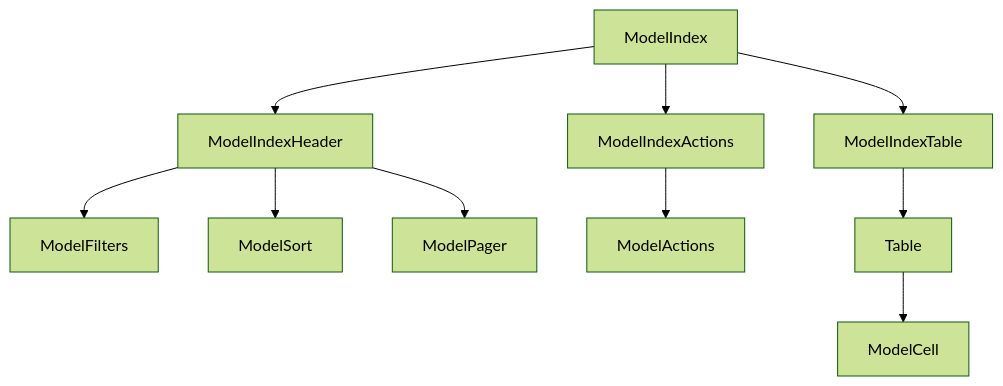
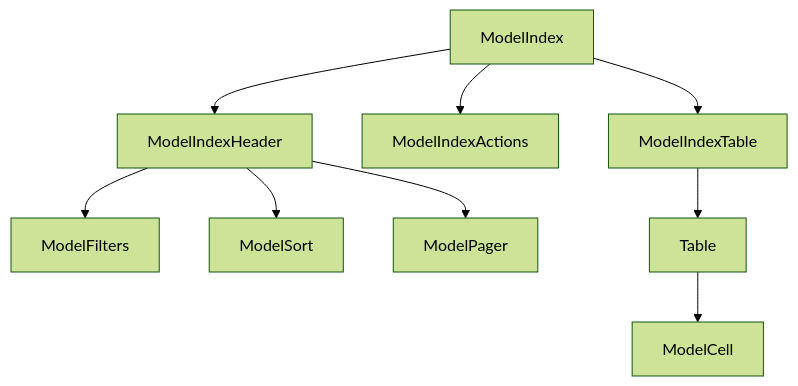
One commit to rhino-project/rhino-project.org changed the diagram in docs/guides/ui/index_page.mdx. Above: the diagram before and after it, drawn with Mermaid (forest theme). The commit also changed 5 other files, not shown here.

````diff
--- a/docs/guides/ui/index_page.mdx
+++ b/docs/guides/ui/index_page.mdx
@@ -5,12 +5,11 @@
 ```mermaid
 graph TB
     ModelIndex-->ModelIndexHeader
     ModelIndex-->ModelIndexActions
     ModelIndex-->ModelIndexTable
     ModelIndexHeader-->ModelFilters
     ModelIndexHeader-->ModelSort
     ModelIndexHeader-->ModelPager
-    ModelIndexActions-->ModelActions
     ModelIndexTable-->Table
     Table-->ModelCell
 ```
````
